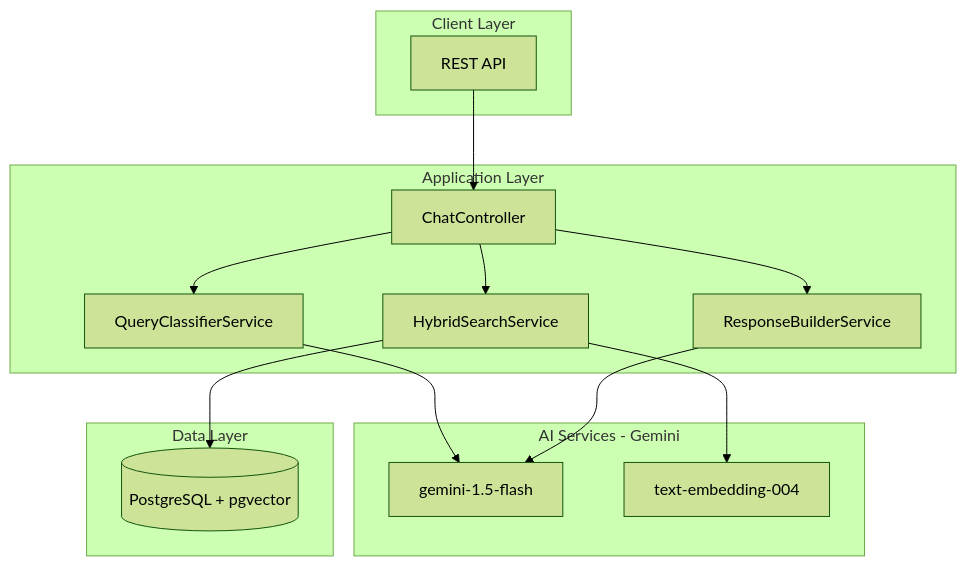
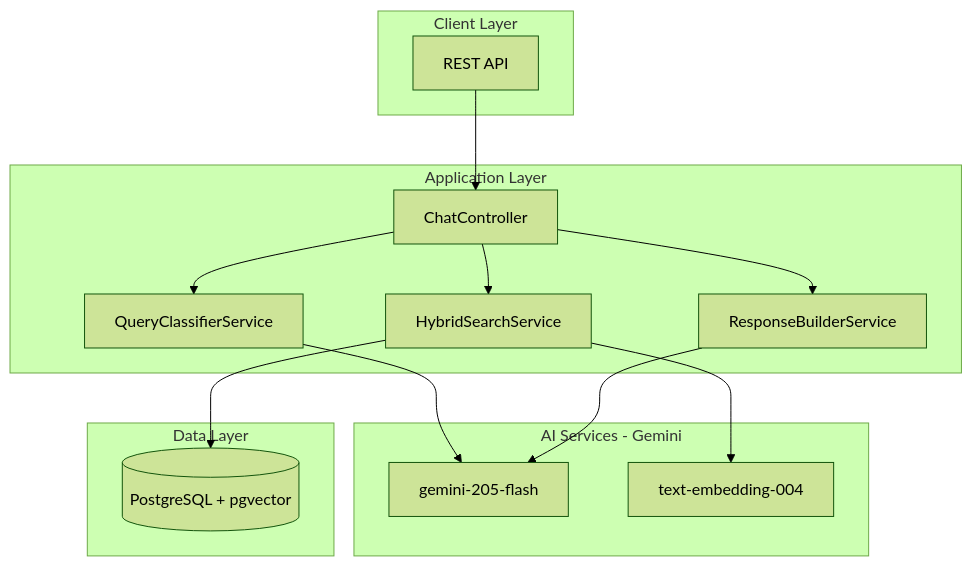
Before and after one commit to pablojacobi/smart-catalog: the diagram in README.md, drawn with Mermaid (forest theme). The commit also changed 59 other files, not shown here.

````diff
--- a/README.md
+++ b/README.md
@@ -24,31 +24,31 @@
 ```mermaid
 flowchart TB
     subgraph client [Client Layer]
         API[REST API]
     end
 
     subgraph app [Application Layer]
         ChatCtrl[ChatController]
         QueryClassifier[QueryClassifierService]
         SearchService[HybridSearchService]
         ResponseBuilder[ResponseBuilderService]
     end
 
     subgraph ai [AI Services - Gemini]
-        GeminiChat[gemini-1.5-flash]
+        GeminiChat[gemini-205-flash]
         GeminiEmbed[text-embedding-004]
     end
 
     subgraph data [Data Layer]
         PG[(PostgreSQL + pgvector)]
     end
 
     API --> ChatCtrl
     ChatCtrl --> QueryClassifier
     QueryClassifier --> GeminiChat
     ChatCtrl --> SearchService
     SearchService --> PG
     SearchService --> GeminiEmbed
     ChatCtrl --> ResponseBuilder
     ResponseBuilder --> GeminiChat
 ```
````
